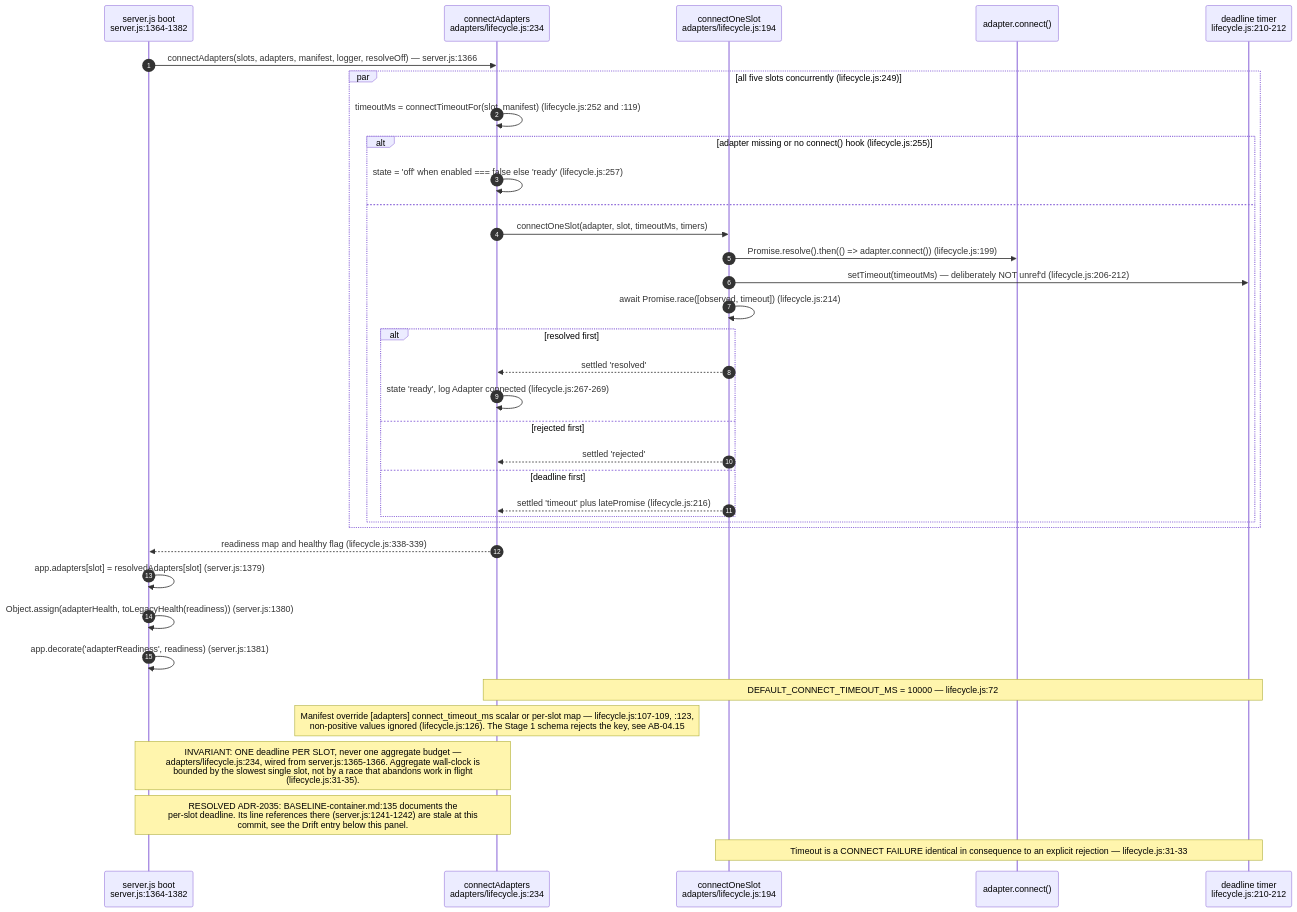
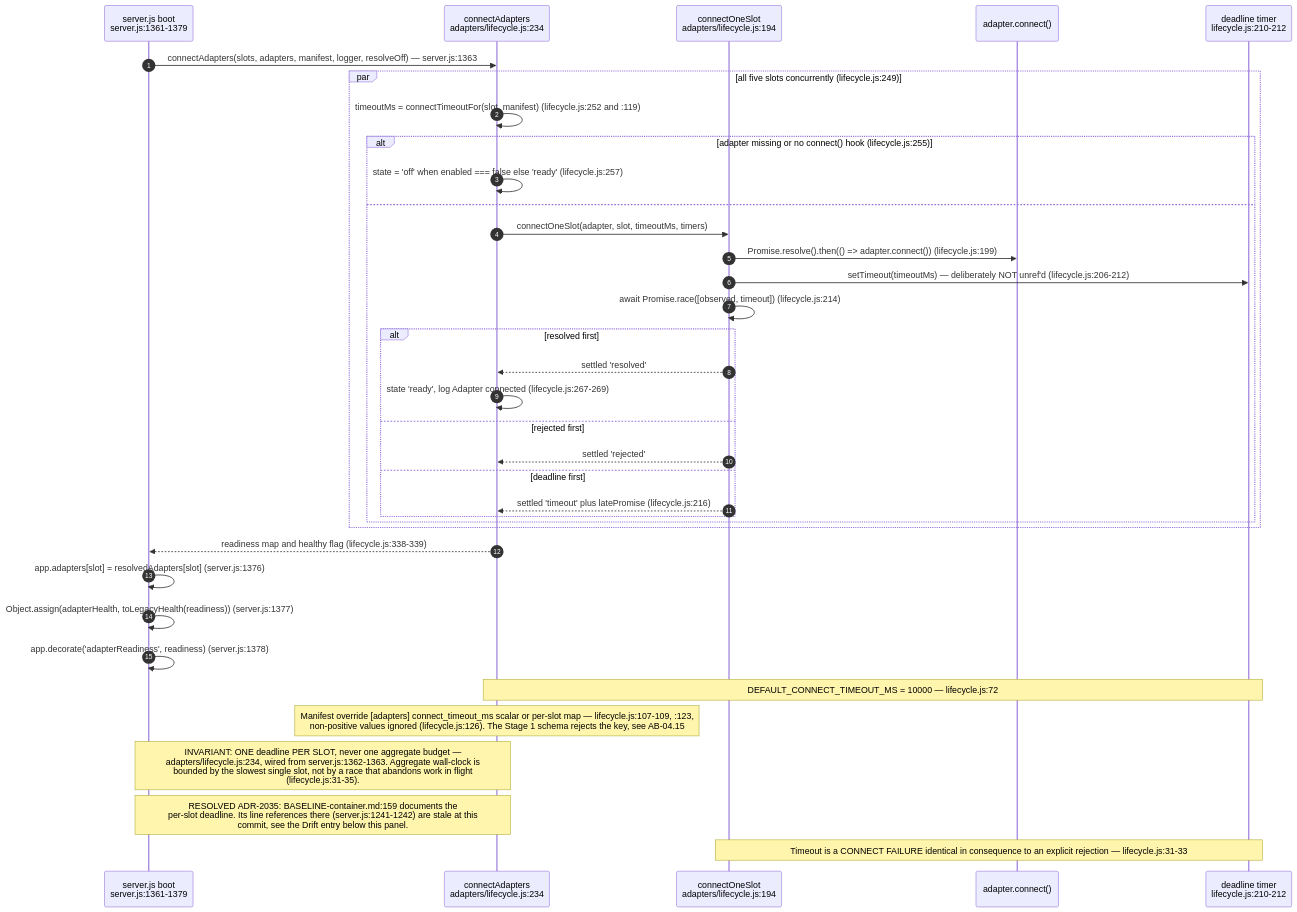
Before and after one commit to DreamLab-AI/VisionFlow: the sixth of 16 diagrams in docs/diagrams/agentbox/04-adapter-spine.md, drawn with Mermaid. The commit also changed other lines of this file and 9 other files, not shown here.

Commit message:
docs: align management, adapter and identity diagrams (#35)

````diff
--- a/docs/diagrams/agentbox/04-adapter-spine.md
+++ b/docs/diagrams/agentbox/04-adapter-spine.md
@@ -267,39 +268,39 @@
 ```mermaid
 sequenceDiagram
     autonumber
-    participant SV as server.js boot<br/>server.js:1364-1382
+    participant SV as server.js boot<br/>server.js:1361-1379
     participant LC as connectAdapters<br/>adapters/lifecycle.js:234
     participant CO as connectOneSlot<br/>adapters/lifecycle.js:194
     participant AD as adapter.connect()
     participant T as deadline timer<br/>lifecycle.js:210-212
 
-    SV->>LC: connectAdapters(slots, adapters, manifest, logger, resolveOff) — server.js:1366
+    SV->>LC: connectAdapters(slots, adapters, manifest, logger, resolveOff) — server.js:1363
     par all five slots concurrently (lifecycle.js:249)
         LC->>LC: timeoutMs = connectTimeoutFor(slot, manifest) (lifecycle.js:252 and :119)
         alt adapter missing or no connect() hook (lifecycle.js:255)
             LC->>LC: state = 'off' when enabled === false else 'ready' (lifecycle.js:257)
         else
             LC->>CO: connectOneSlot(adapter, slot, timeoutMs, timers)
             CO->>AD: Promise.resolve().then(() => adapter.connect()) (lifecycle.js:199)
             CO->>T: setTimeout(timeoutMs) — deliberately NOT unref'd (lifecycle.js:206-212)
             CO->>CO: await Promise.race([observed, timeout]) (lifecycle.js:214)
             alt resolved first
                 CO-->>LC: settled 'resolved'
                 LC->>LC: state 'ready', log Adapter connected (lifecycle.js:267-269)
             else rejected first
                 CO-->>LC: settled 'rejected'
             else deadline first
                 CO-->>LC: settled 'timeout' plus latePromise (lifecycle.js:216)
             end
         end
     end
     LC-->>SV: readiness map and healthy flag (lifecycle.js:338-339)
-    SV->>SV: app.adapters[slot] = resolvedAdapters[slot] (server.js:1379)
-    SV->>SV: Object.assign(adapterHealth, toLegacyHealth(readiness)) (server.js:1380)
-    SV->>SV: app.decorate('adapterReadiness', readiness) (server.js:1381)
+    SV->>SV: app.adapters[slot] = resolvedAdapters[slot] (server.js:1376)
+    SV->>SV: Object.assign(adapterHealth, toLegacyHealth(readiness)) (server.js:1377)
+    SV->>SV: app.decorate('adapterReadiness', readiness) (server.js:1378)
     Note over LC,T: DEFAULT_CONNECT_TIMEOUT_MS = 10000 — lifecycle.js:72
     Note over LC: Manifest override [adapters] connect_timeout_ms scalar or per-slot map — lifecycle.js:107-109, :123,<br/>non-positive values ignored (lifecycle.js:126). The Stage 1 schema rejects the key, see AB-04.15
-    Note over SV,LC: INVARIANT: ONE deadline PER SLOT, never one aggregate budget —<br/>adapters/lifecycle.js:234, wired from server.js:1365-1366. Aggregate wall-clock is<br/>bounded by the slowest single slot, not by a race that abandons work in flight<br/>(lifecycle.js:31-35).
-    Note over SV,LC: RESOLVED ADR-2035: BASELINE-container.md:135 documents the<br/>per-slot deadline. Its line references there (server.js:1241-1242) are stale at this<br/>commit, see the Drift entry below this panel.
+    Note over SV,LC: INVARIANT: ONE deadline PER SLOT, never one aggregate budget —<br/>adapters/lifecycle.js:234, wired from server.js:1362-1363. Aggregate wall-clock is<br/>bounded by the slowest single slot, not by a race that abandons work in flight<br/>(lifecycle.js:31-35).
+    Note over SV,LC: RESOLVED ADR-2035: BASELINE-container.md:159 documents the<br/>per-slot deadline. Its line references there (server.js:1241-1242) are stale at this<br/>commit, see the Drift entry below this panel.
     Note over CO,T: Timeout is a CONNECT FAILURE identical in consequence to an explicit rejection — lifecycle.js:31-33
 ```
````
